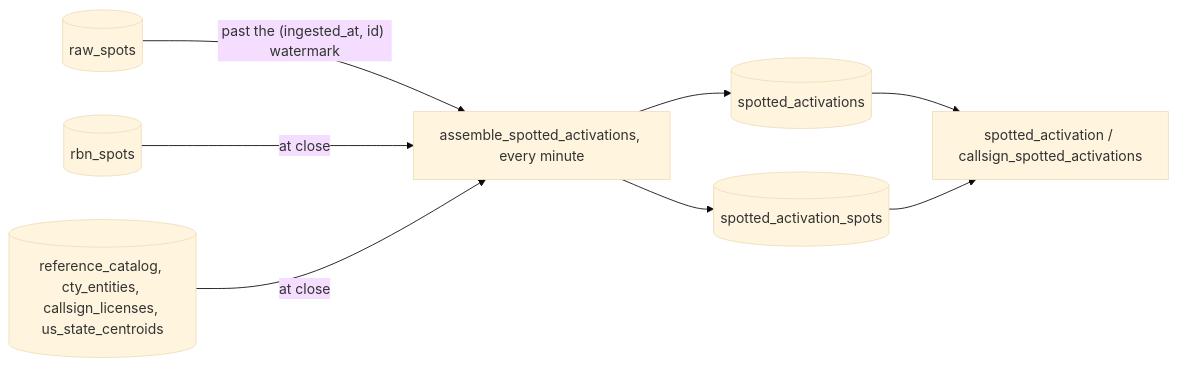
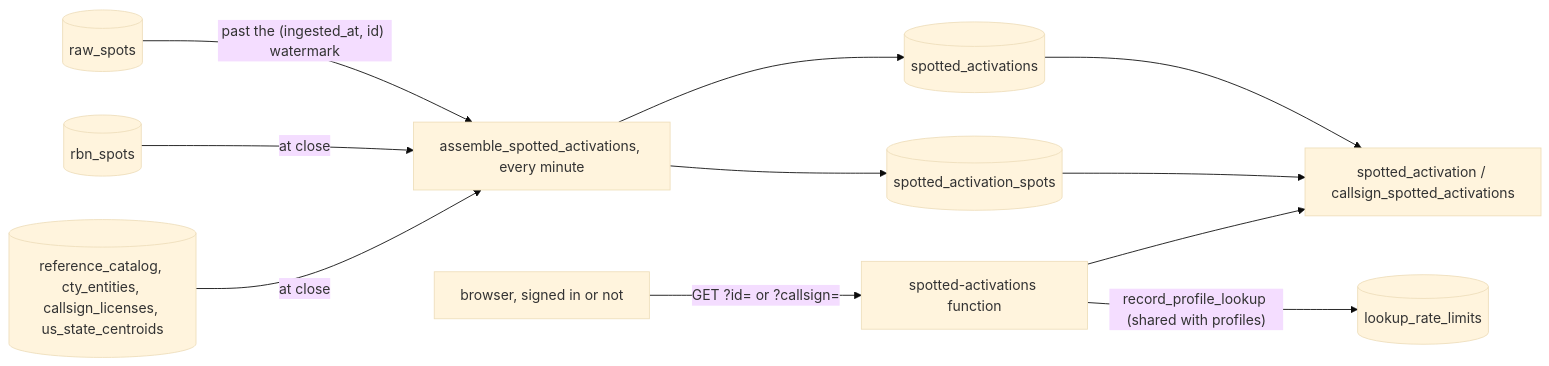
One commit to johnsonm/longlines changed diagram 15 of 17 in docs/ARCHITECTURE.md. Above: the diagram before and after it, drawn with Mermaid (base theme). The commit also changed other lines of this file and 9 other files, not shown here.

First line of the commit message:
Spotted activations: the spotted-activations Edge Function

````diff
--- a/docs/ARCHITECTURE.md
+++ b/docs/ARCHITECTURE.md
@@ -1499,10 +1499,13 @@
 ```mermaid
 flowchart LR
   R[(raw_spots)] -- "past the (ingested_at, id) watermark" --> A[assemble_spotted_activations, every minute]
   A --> SA[(spotted_activations)]
   A --> SS[(spotted_activation_spots)]
   RBN[(rbn_spots)] -- "at close" --> A
   C[(reference_catalog, cty_entities, callsign_licenses, us_state_centroids)] -- "at close" --> A
   SA --> P[spotted_activation / callsign_spotted_activations]
   SS --> P
+  B[browser, signed in or not] -- "GET ?id= or ?callsign=" --> F[spotted-activations function]
+  F -- "record_profile_lookup (shared with profiles)" --> L[(lookup_rate_limits)]
+  F --> P
 ```
````
